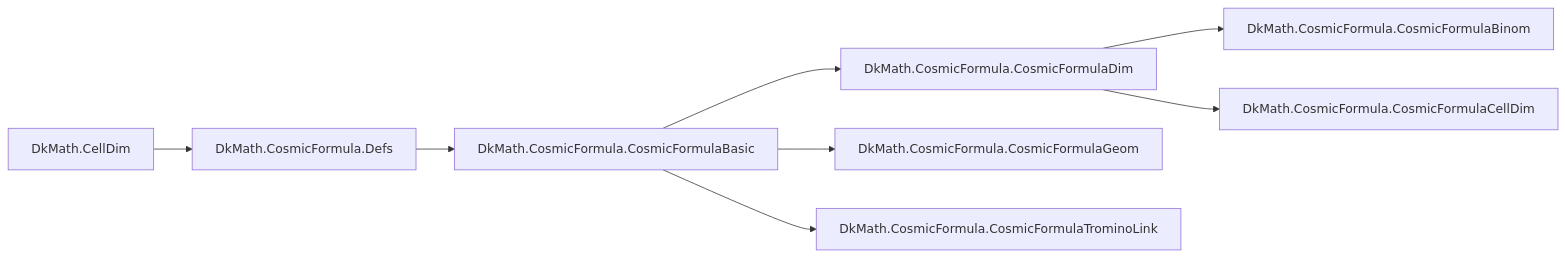
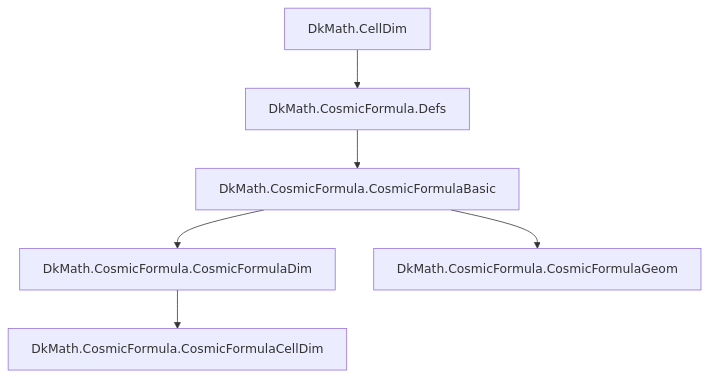
One commit to Deskuma/dkmath changed the third of 5 diagrams in lean/dk_math/INDEX.md. Above: the diagram before and after it, drawn with Mermaid. The commit also changed other lines of this file, not shown here.

First line of the commit message:
Update: Revise theory dependency graph structure in INDEX.md

````diff
--- a/lean/dk_math/INDEX.md
+++ b/lean/dk_math/INDEX.md
@@ -120,10 +135,8 @@
 ```mermaid
-graph LR
+graph TD
   CellDim[DkMath.CellDim] --> CFDefs[DkMath.CosmicFormula.Defs]
   CFDefs --> CFBasic[DkMath.CosmicFormula.CosmicFormulaBasic]
   CFBasic --> CFDim[DkMath.CosmicFormula.CosmicFormulaDim]
-  CFDim --> CFbinom[DkMath.CosmicFormula.CosmicFormulaBinom]
+  CFDim --> CFCell[DkMath.CosmicFormula.CosmicFormulaCellDim]
   CFBasic --> CFGeom[DkMath.CosmicFormula.CosmicFormulaGeom]
-  CFDim --> CFCell[DkMath.CosmicFormula.CosmicFormulaCellDim]
-  CFBasic --> CFTrom[DkMath.CosmicFormula.CosmicFormulaTrominoLink]
 ```
````
